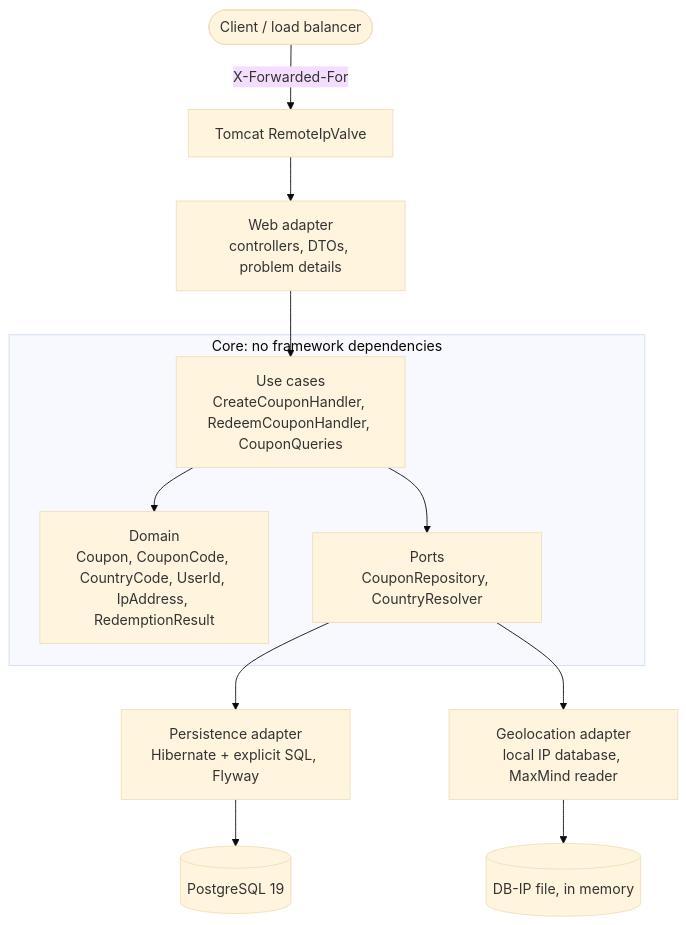
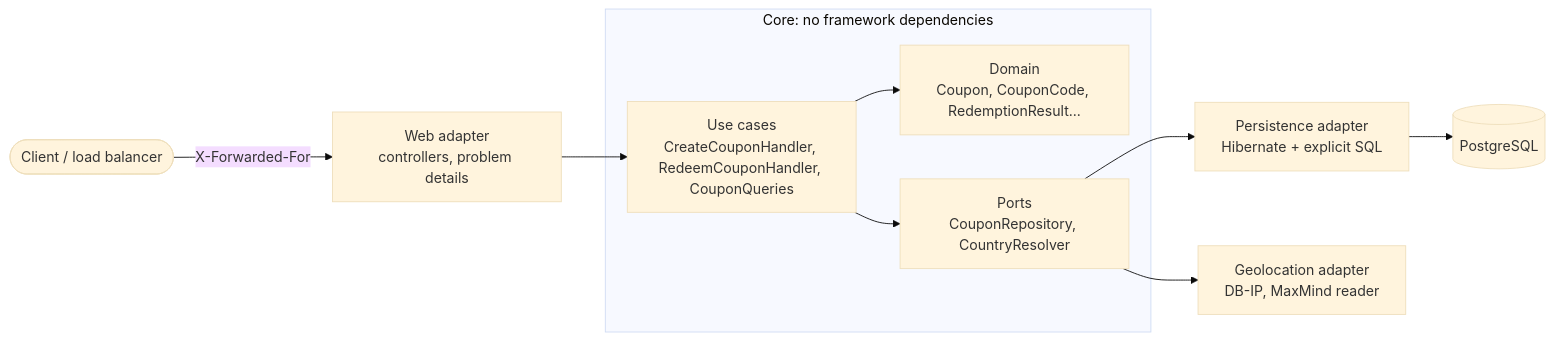
The second of 2 diagrams in README.md (thadacz/coupon-service), drawn with Mermaid (base theme) before and after one commit. The commit also changed other lines of this file, not shown here.

````diff
--- a/README.md
+++ b/README.md
@@ -172,17 +163,14 @@
 ```mermaid
-flowchart TB
-    client([Client / load balancer]) -->|X-Forwarded-For| tomcat[Tomcat RemoteIpValve]
-    tomcat --> web[Web adapter<br/>controllers, DTOs, problem details]
+flowchart LR
+    client([Client / load balancer]) -->|X-Forwarded-For| web[Web adapter<br/>controllers, problem details]
     subgraph core [Core: no framework dependencies]
         app[Use cases<br/>CreateCouponHandler, RedeemCouponHandler, CouponQueries]
-        domain[Domain<br/>Coupon, CouponCode, CountryCode, UserId, IpAddress, RedemptionResult]
+        domain[Domain<br/>Coupon, CouponCode, RedemptionResult...]
         ports[Ports<br/>CouponRepository, CountryResolver]
-        app --> domain
-        app --> ports
     end
-    web --> app
-    ports --> persistence[Persistence adapter<br/>Hibernate + explicit SQL, Flyway]
-    ports --> geo[Geolocation adapter<br/>local IP database, MaxMind reader]
-    persistence --> db[(PostgreSQL 19)]
-    geo --> dbip[(DB-IP file, in memory)]
+    web --> app --> domain
+    app --> ports
+    ports --> persistence[Persistence adapter<br/>Hibernate + explicit SQL]
+    ports --> geo[Geolocation adapter<br/>DB-IP, MaxMind reader]
+    persistence --> db[(PostgreSQL)]
 ```
````
